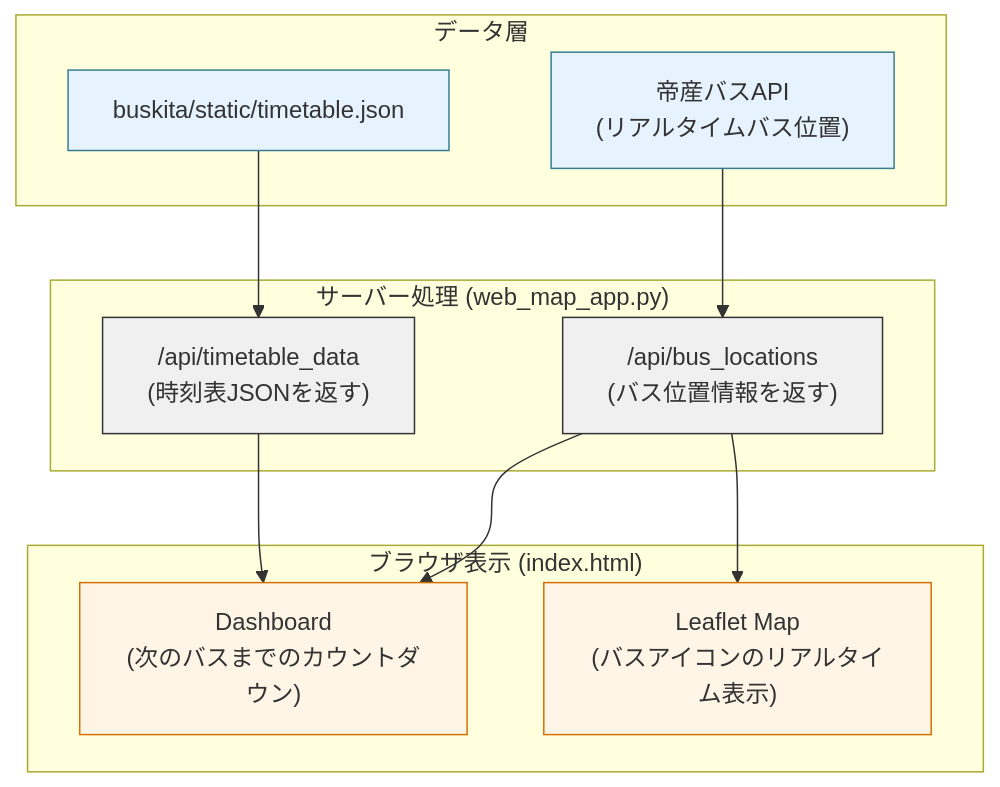
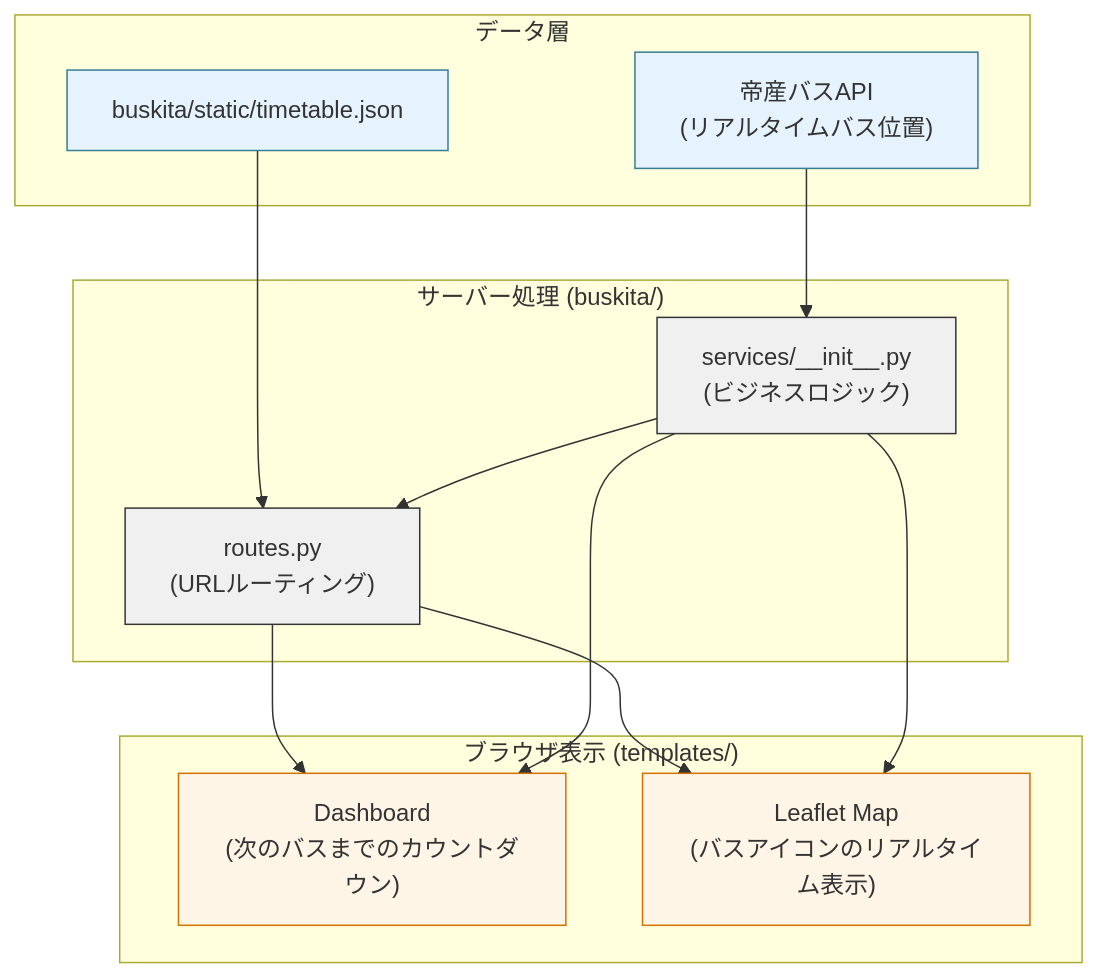
One commit to RyukokuDX/Buskita_real_webmap changed the diagram in docs/02_design_and_architecture/DATA_FLOW.md. Above: the diagram before and after it, drawn with Mermaid. The commit also changed 7 other files, not shown here.

````diff
--- a/docs/02_design_and_architecture/DATA_FLOW.md
+++ b/docs/02_design_and_architecture/DATA_FLOW.md
@@ -7,31 +7,33 @@
 ```mermaid
 graph TD
     subgraph "データ層"
         A["buskita/static/timetable.json"]
         B["帝産バスAPI<br/>(リアルタイムバス位置)"]
     end
 
-    subgraph "サーバー処理 (web_map_app.py)"
-        C["/api/timetable_data<br/>(時刻表JSONを返す)"]
-        D["/api/bus_locations<br/>(バス位置情報を返す)"]
+    subgraph "サーバー処理 (buskita/)"
+        C["routes.py<br/>(URLルーティング)"]
+        D["services/__init__.py<br/>(ビジネスロジック)"]
     end
     
-    subgraph "ブラウザ表示 (index.html)"
+    subgraph "ブラウザ表示 (templates/)"
         E["Dashboard<br/>(次のバスまでのカウントダウン)"]
         F["Leaflet Map<br/>(バスアイコンのリアルタイム表示)"]
     end
 
     A --> C
     B --> D
-    
+    D --> C
+
     C --> E
+    C --> F
     D --> E
     D --> F
 
     style A fill:#e6f3ff,stroke:#367d91
     style B fill:#e6f3ff,stroke:#367d91
     style C fill:#f0f0f0,stroke:#333
     style D fill:#f0f0f0,stroke:#333
     style E fill:#fff5e6,stroke:#d46f00
     style F fill:#fff5e6,stroke:#d46f00
 ``` 
````
